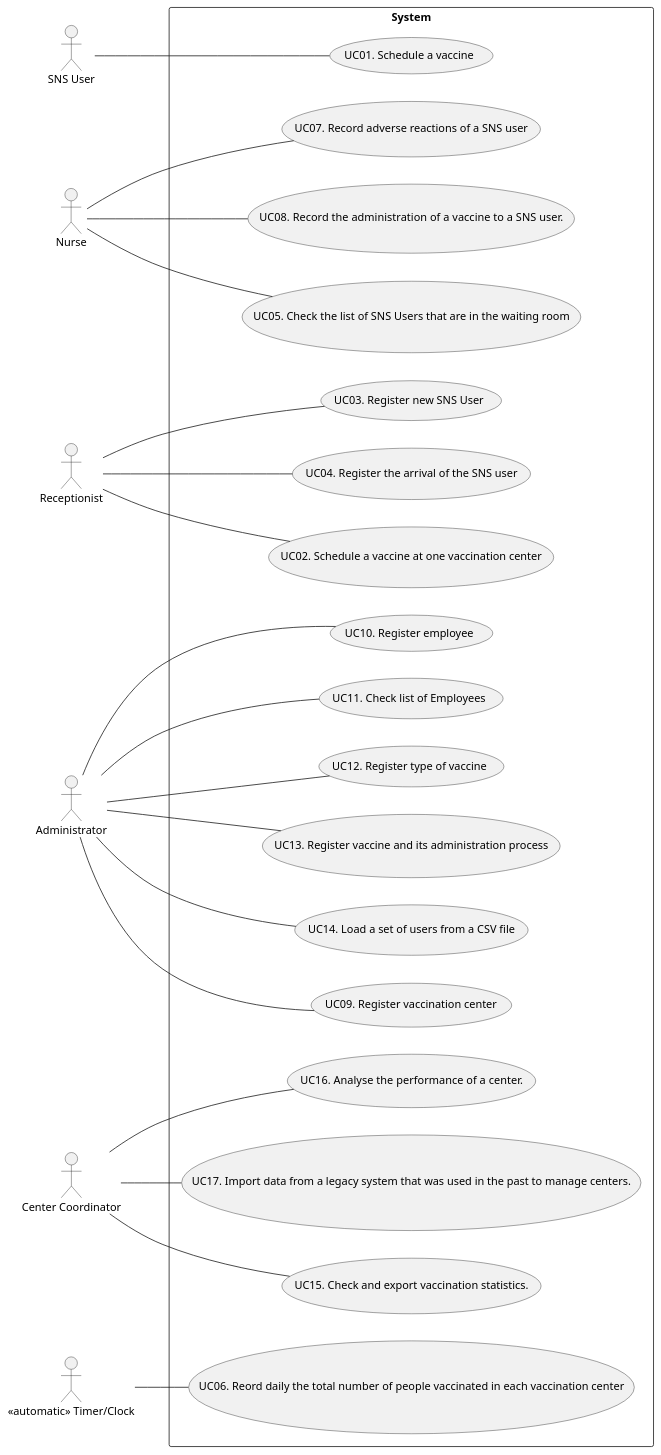
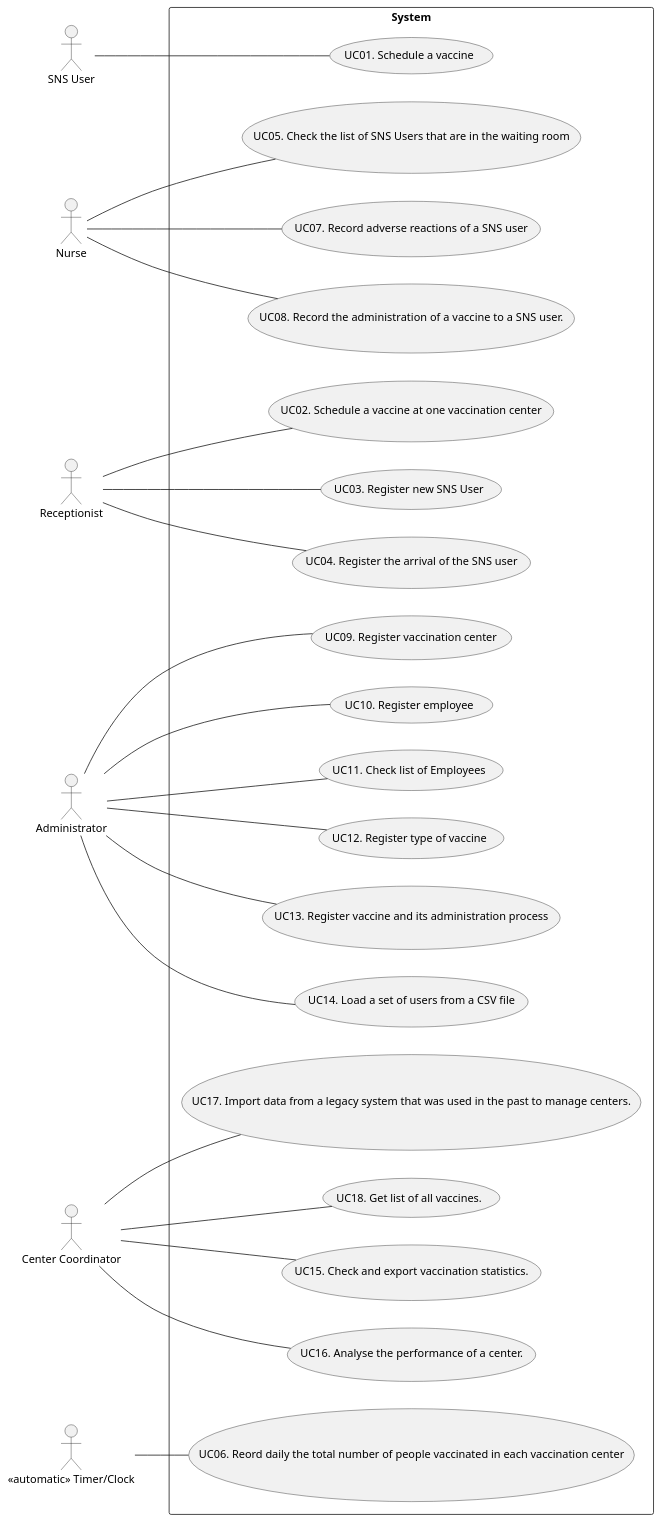
The diagram in docs/SprintD/UCD.puml (miseEnPlace-i/lapr2), drawn with PlantUML before and after one commit. The commit also changed 1 other file, not shown here.

Commit message:
docs: updated UCD (added missing usecase)

```diff
--- a/docs/SprintD/UCD.puml
+++ b/docs/SprintD/UCD.puml
@@ -1,50 +1,51 @@
 @startuml UCD
 
 left to right direction
 
 actor "SNS User" as user
 actor "Nurse" as nurse
 actor "Receptionist" as recept
 actor "Administrator" as admin
 actor "Center Coordinator" as coordinator
 actor "<<automatic>> Timer/Clock" as timer
 
 rectangle System {
   usecase "UC01. Schedule a vaccine" as UC01
   usecase "UC02. Schedule a vaccine at one vaccination center" as UC02
   usecase "UC03. Register new SNS User" as UC03
   usecase "UC04. Register the arrival of the SNS user" as UC04
   usecase "UC05. Check the list of SNS Users that are in the waiting room" as UC05
   usecase "UC06. Reord daily the total number of people vaccinated in each vaccination center" as UC06  
   usecase "UC07. Record adverse reactions of a SNS user" as UC07 
   usecase "UC08. Record the administration of a vaccine to a SNS user." as UC08
   usecase "UC09. Register vaccination center" as UC09
   usecase "UC10. Register employee" as UC10
   usecase "UC11. Check list of Employees" as UC11
   usecase "UC12. Register type of vaccine" as UC12
   usecase "UC13. Register vaccine and its administration process" as UC13
   usecase "UC14. Load a set of users from a CSV file" as UC14
   usecase "UC15. Check and export vaccination statistics." as UC15
   usecase "UC16. Analyse the performance of a center." as UC16
   usecase "UC17. Import data from a legacy system that was used in the past to manage centers." as UC17  
+  usecase "UC18. Get list of all vaccines." as UC18
 }
 
 user -- UC01
 recept -- UC02
 recept -- UC03
 recept -- UC04
 nurse -- UC05
 timer -- UC06
 nurse -- UC07
 nurse -- UC08
 admin -- UC09
 admin -- UC10
 admin -- UC11
 admin -- UC12
 admin -- UC13
 admin -- UC14
 coordinator -- UC15
 coordinator -- UC16
 coordinator -- UC17
-
+coordinator -- UC18
 @enduml
```
